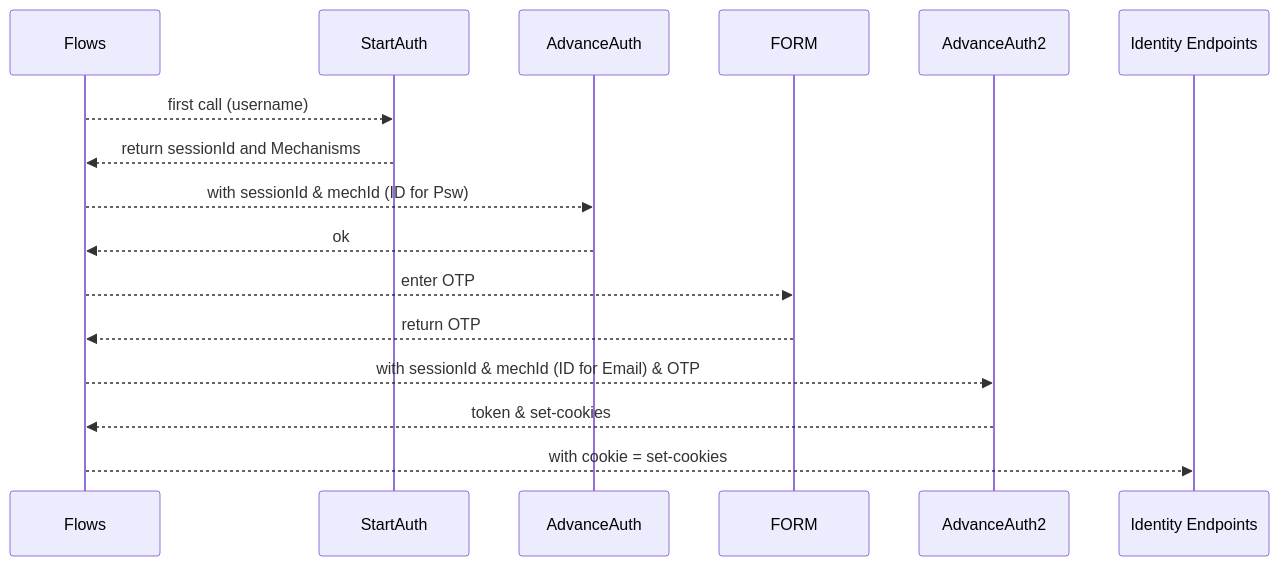
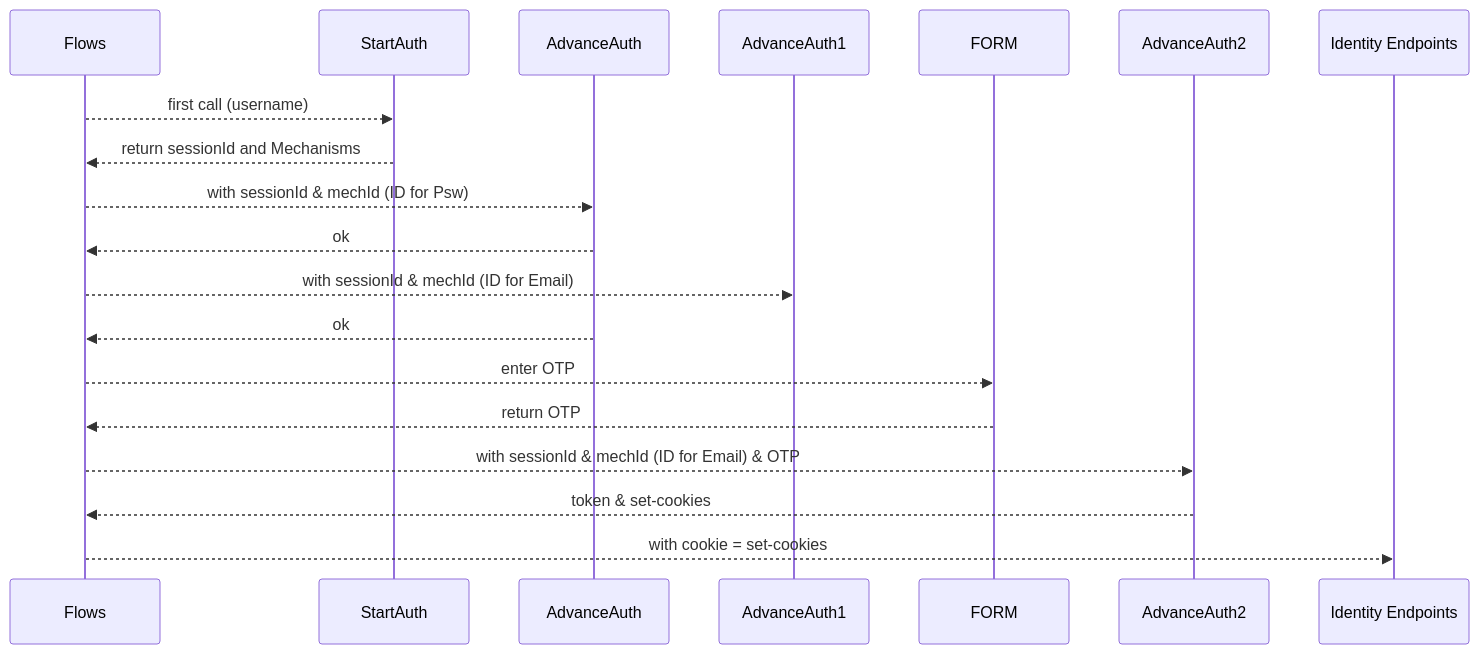
One commit to horemansp/CyberArk changed the second of 3 diagrams in FLOWS/Tutorial-Materials/T1-17-CyberArk Identity Bearer token/UserContextAuthentication/readme.md. Above: the diagram before and after it, drawn with Mermaid.

````diff
--- a/FLOWS/Tutorial-Materials/T1-17-CyberArk Identity Bearer token/UserContextAuthentication/readme.md
+++ b/FLOWS/Tutorial-Materials/T1-17-CyberArk Identity Bearer token/UserContextAuthentication/readme.md
@@ -17,12 +17,14 @@
 ```mermaid
 sequenceDiagram
 Flows-->>StartAuth:first call (username)
 StartAuth-->>Flows:return sessionId and Mechanisms
 Flows-->>AdvanceAuth:with sessionId & mechId (ID for Psw)
+AdvanceAuth-->>Flows:ok
+Flows-->>AdvanceAuth1:with sessionId & mechId (ID for Email)
 AdvanceAuth-->>Flows:ok
 Flows-->>FORM: enter OTP
 FORM-->>Flows:return OTP
 Flows-->>AdvanceAuth2:with sessionId & mechId (ID for Email) & OTP
 AdvanceAuth2-->>Flows:token & set-cookies
 Flows-->>Identity Endpoints: with cookie = set-cookies
 ```
````
